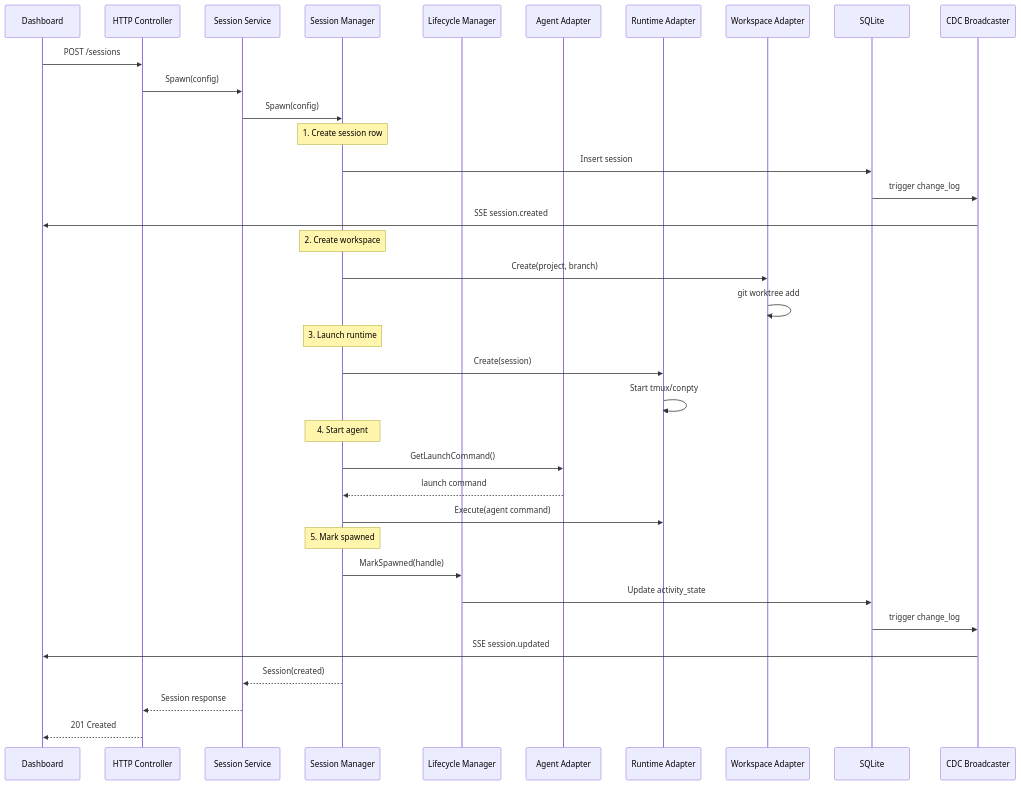
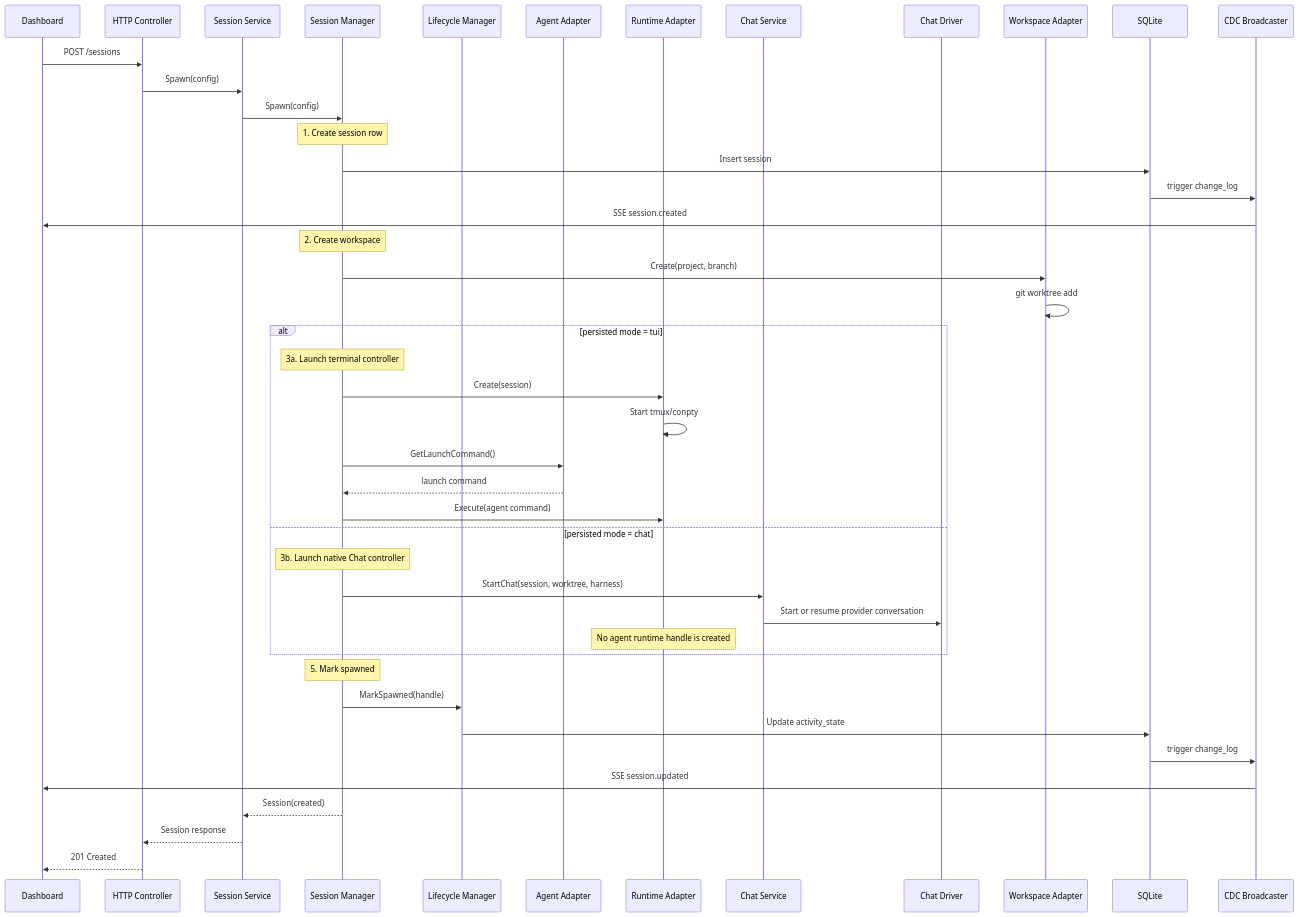
Before and after one commit to AgentWrapper/agent-orchestrator: the sixth of 23 diagrams in docs/architecture.md, drawn with Mermaid. The commit also changed other lines of this file and 17 other files, not shown here.

Commit message:
fix(chat): enforce controller and protocol invariants

````diff
--- a/docs/architecture.md
+++ b/docs/architecture.md
@@ -214,45 +220,52 @@
 ```mermaid
 sequenceDiagram
     participant UI as Dashboard
     participant HTTP as HTTP Controller
     participant Svc as Session Service
     participant Mgr as Session Manager
     participant LCM as Lifecycle Manager
     participant Agent as Agent Adapter
     participant Runtime as Runtime Adapter
+    participant ChatSvc as Chat Service
+    participant ChatDriver as Chat Driver
     participant WS as Workspace Adapter
     participant DB as SQLite
     participant CDC as CDC Broadcaster
 
     UI->>HTTP: POST /sessions
     HTTP->>Svc: Spawn(config)
     Svc->>Mgr: Spawn(config)
 
     Note over Mgr: 1. Create session row
     Mgr->>DB: Insert session
     DB->>CDC: trigger change_log
     CDC->>UI: SSE session.created
 
     Note over Mgr: 2. Create workspace
     Mgr->>WS: Create(project, branch)
     WS->>WS: git worktree add
 
-    Note over Mgr: 3. Launch runtime
-    Mgr->>Runtime: Create(session)
-    Runtime->>Runtime: Start tmux/conpty
-
-    Note over Mgr: 4. Start agent
-    Mgr->>Agent: GetLaunchCommand()
-    Agent-->>Mgr: launch command
-    Mgr->>Runtime: Execute(agent command)
+    alt persisted mode = tui
+        Note over Mgr: 3a. Launch terminal controller
+        Mgr->>Runtime: Create(session)
+        Runtime->>Runtime: Start tmux/conpty
+        Mgr->>Agent: GetLaunchCommand()
+        Agent-->>Mgr: launch command
+        Mgr->>Runtime: Execute(agent command)
+    else persisted mode = chat
+        Note over Mgr: 3b. Launch native Chat controller
+        Mgr->>ChatSvc: StartChat(session, worktree, harness)
+        ChatSvc->>ChatDriver: Start or resume provider conversation
+        Note over Runtime: No agent runtime handle is created
+    end
 
     Note over Mgr: 5. Mark spawned
     Mgr->>LCM: MarkSpawned(handle)
     LCM->>DB: Update activity_state
     DB->>CDC: trigger change_log
     CDC->>UI: SSE session.updated
 
     Mgr-->>Svc: Session(created)
     Svc-->>HTTP: Session response
     HTTP-->>UI: 201 Created
 ```
````
